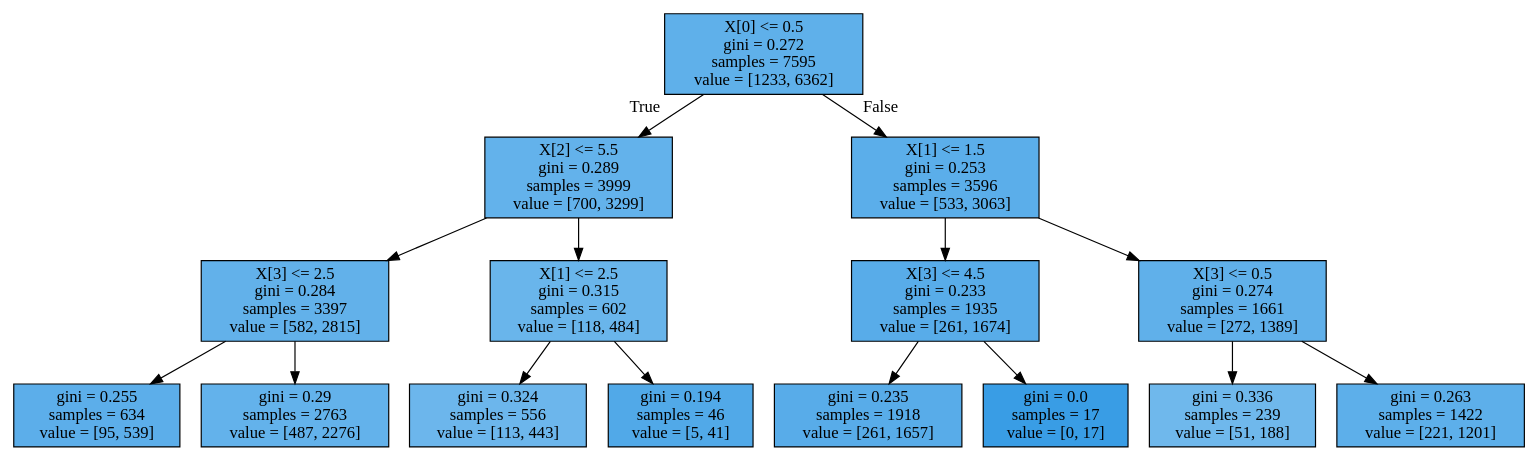
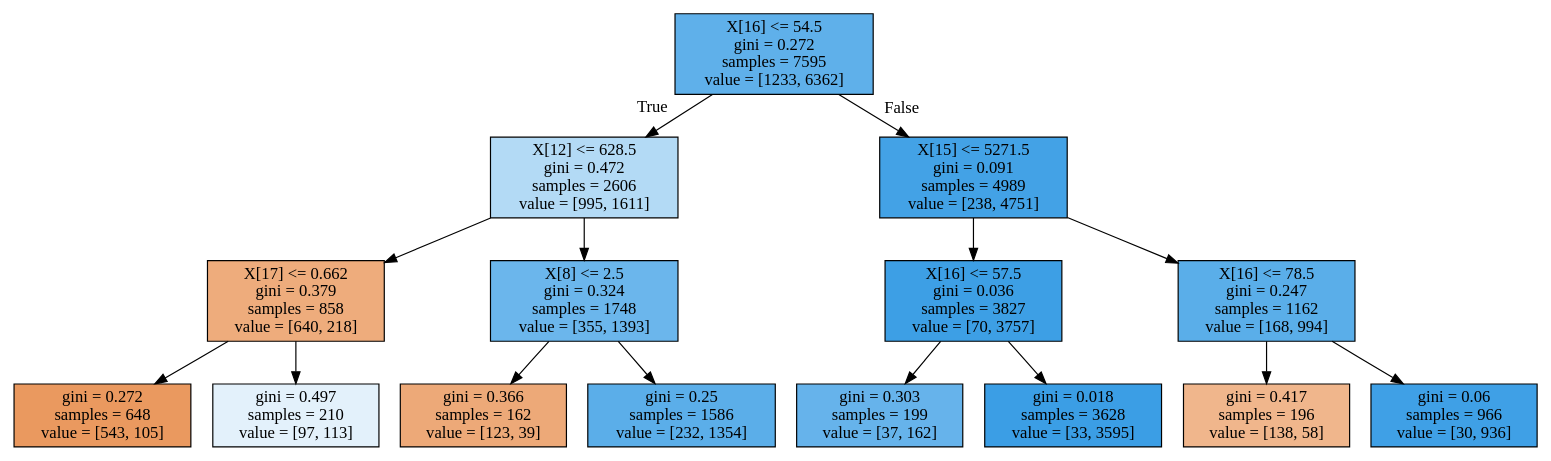
The diagram in younghunahn/tree.dot (Ahn-seongjun/DS_team2), drawn with Graphviz before and after one commit. The commit also changed 7 other files, not shown here.

```diff
--- a/younghunahn/tree.dot
+++ b/younghunahn/tree.dot
@@ -1,32 +1,32 @@
 digraph Tree {
 node [shape=box, style="filled", color="black"] ;
-0 [label="X[0] <= 0.5\ngini = 0.272\nsamples = 7595\nvalue = [1233, 6362]", fillcolor="#5fb0ea"] ;
-1 [label="X[2] <= 5.5\ngini = 0.289\nsamples = 3999\nvalue = [700, 3299]", fillcolor="#63b2eb"] ;
+0 [label="X[16] <= 54.5\ngini = 0.272\nsamples = 7595\nvalue = [1233, 6362]", fillcolor="#5fb0ea"] ;
+1 [label="X[12] <= 628.5\ngini = 0.472\nsamples = 2606\nvalue = [995, 1611]", fillcolor="#b3daf5"] ;
 0 -> 1 [labeldistance=2.5, labelangle=45, headlabel="True"] ;
-2 [label="X[3] <= 2.5\ngini = 0.284\nsamples = 3397\nvalue = [582, 2815]", fillcolor="#62b1ea"] ;
+2 [label="X[17] <= 0.662\ngini = 0.379\nsamples = 858\nvalue = [640, 218]", fillcolor="#eeac7c"] ;
 1 -> 2 ;
-3 [label="gini = 0.255\nsamples = 634\nvalue = [95, 539]", fillcolor="#5caeea"] ;
+3 [label="gini = 0.272\nsamples = 648\nvalue = [543, 105]", fillcolor="#ea995f"] ;
 2 -> 3 ;
-4 [label="gini = 0.29\nsamples = 2763\nvalue = [487, 2276]", fillcolor="#63b2eb"] ;
+4 [label="gini = 0.497\nsamples = 210\nvalue = [97, 113]", fillcolor="#e3f1fb"] ;
 2 -> 4 ;
-5 [label="X[1] <= 2.5\ngini = 0.315\nsamples = 602\nvalue = [118, 484]", fillcolor="#69b5eb"] ;
+5 [label="X[8] <= 2.5\ngini = 0.324\nsamples = 1748\nvalue = [355, 1393]", fillcolor="#6bb6ec"] ;
 1 -> 5 ;
-6 [label="gini = 0.324\nsamples = 556\nvalue = [113, 443]", fillcolor="#6cb6ec"] ;
+6 [label="gini = 0.366\nsamples = 162\nvalue = [123, 39]", fillcolor="#eda978"] ;
 5 -> 6 ;
-7 [label="gini = 0.194\nsamples = 46\nvalue = [5, 41]", fillcolor="#51a9e8"] ;
+7 [label="gini = 0.25\nsamples = 1586\nvalue = [232, 1354]", fillcolor="#5baee9"] ;
 5 -> 7 ;
-8 [label="X[1] <= 1.5\ngini = 0.253\nsamples = 3596\nvalue = [533, 3063]", fillcolor="#5baeea"] ;
+8 [label="X[15] <= 5271.5\ngini = 0.091\nsamples = 4989\nvalue = [238, 4751]", fillcolor="#43a2e6"] ;
 0 -> 8 [labeldistance=2.5, labelangle=-45, headlabel="False"] ;
-9 [label="X[3] <= 4.5\ngini = 0.233\nsamples = 1935\nvalue = [261, 1674]", fillcolor="#58ace9"] ;
+9 [label="X[16] <= 57.5\ngini = 0.036\nsamples = 3827\nvalue = [70, 3757]", fillcolor="#3d9fe5"] ;
 8 -> 9 ;
-10 [label="gini = 0.235\nsamples = 1918\nvalue = [261, 1657]", fillcolor="#58ace9"] ;
+10 [label="gini = 0.303\nsamples = 199\nvalue = [37, 162]", fillcolor="#66b3eb"] ;
 9 -> 10 ;
-11 [label="gini = 0.0\nsamples = 17\nvalue = [0, 17]", fillcolor="#399de5"] ;
+11 [label="gini = 0.018\nsamples = 3628\nvalue = [33, 3595]", fillcolor="#3b9ee5"] ;
 9 -> 11 ;
-12 [label="X[3] <= 0.5\ngini = 0.274\nsamples = 1661\nvalue = [272, 1389]", fillcolor="#60b0ea"] ;
+12 [label="X[16] <= 78.5\ngini = 0.247\nsamples = 1162\nvalue = [168, 994]", fillcolor="#5aaee9"] ;
 8 -> 12 ;
-13 [label="gini = 0.336\nsamples = 239\nvalue = [51, 188]", fillcolor="#6fb8ec"] ;
+13 [label="gini = 0.417\nsamples = 196\nvalue = [138, 58]", fillcolor="#f0b68c"] ;
 12 -> 13 ;
-14 [label="gini = 0.263\nsamples = 1422\nvalue = [221, 1201]", fillcolor="#5dafea"] ;
+14 [label="gini = 0.06\nsamples = 966\nvalue = [30, 936]", fillcolor="#3fa0e6"] ;
 12 -> 14 ;
 }
```
